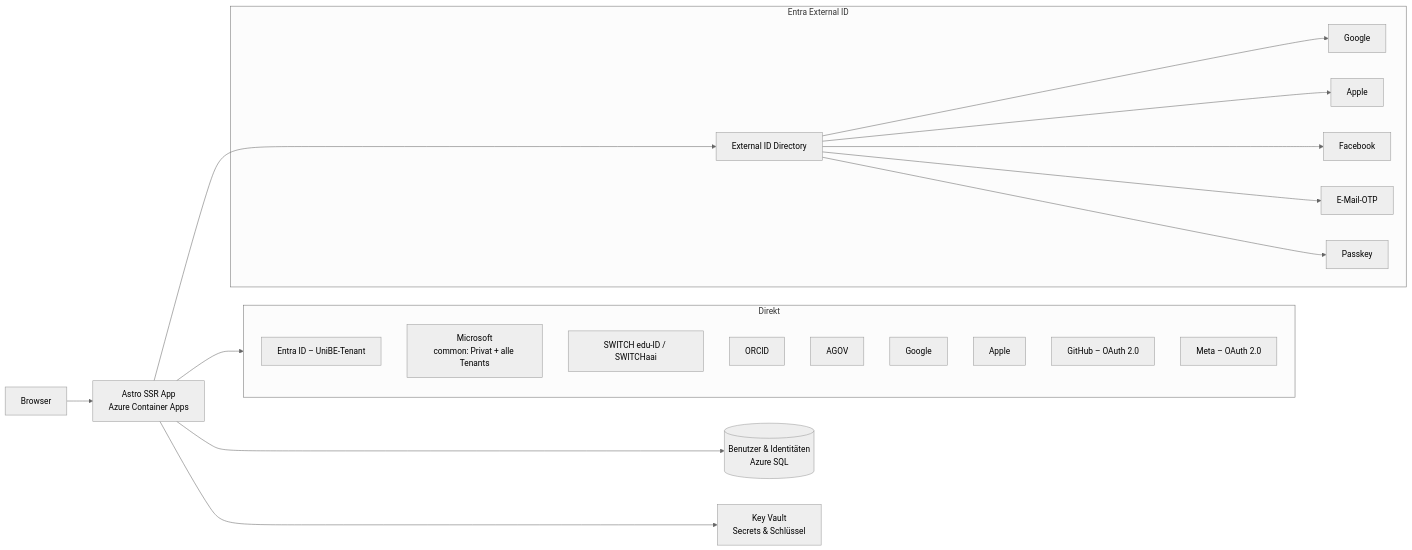
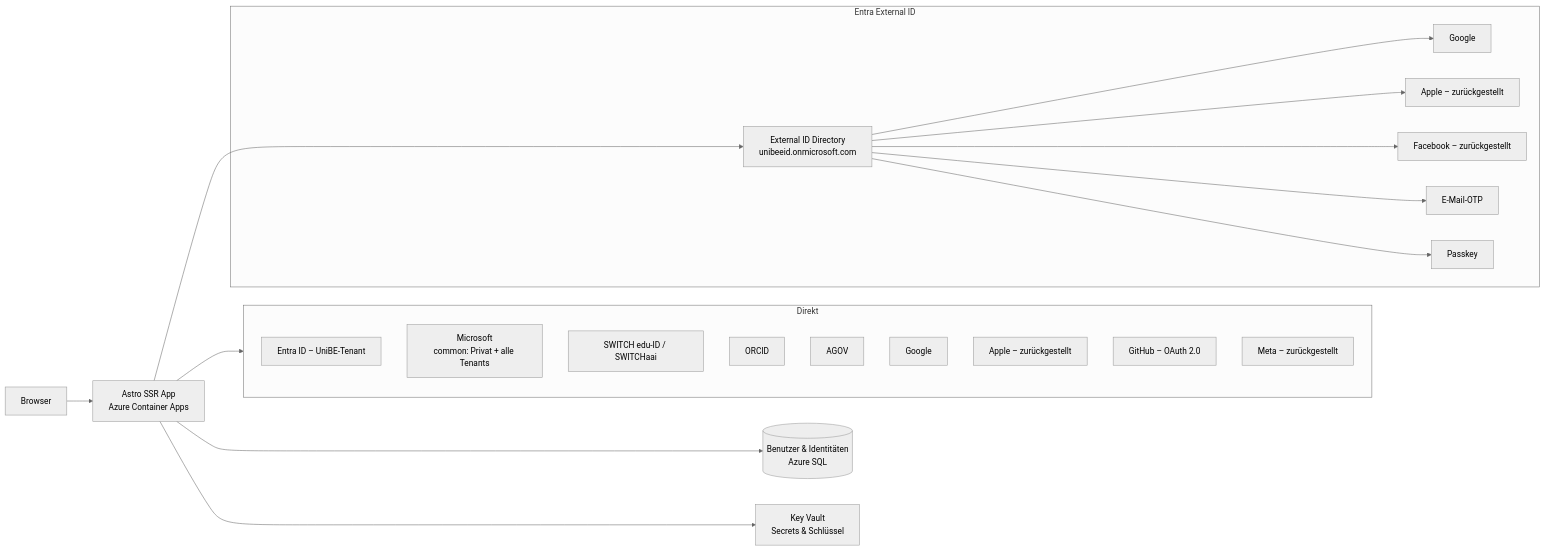
One commit to id-unibe-ch/ch-unibe-auth-example changed the first of 2 diagrams in docs/01-architecture.md. Above: the diagram before and after it, drawn with Mermaid (neutral theme). The commit also changed 33 other files, not shown here.

First line of the commit message:
Astro-Grundgerüst mit generischem OIDC/OAuth-2.0-Login und Account-Linking; Doku zu Hosting, External ID, Domain und zurückgestellten Providern

````diff
--- a/docs/01-architecture.md
+++ b/docs/01-architecture.md
@@ -10,30 +10,30 @@
 ```mermaid
 flowchart LR
     U[Browser] --> APP[Astro SSR App<br/>Azure Container Apps]
     APP --> DB[(Benutzer & Identitäten<br/>Azure SQL)]
     APP --> KV[Key Vault<br/>Secrets & Schlüssel]
 
     subgraph Direkt
         E1[Entra ID – UniBE-Tenant]
         E2[Microsoft<br/>common: Privat + alle Tenants]
         EDU[SWITCH edu-ID / SWITCHaai]
         ORC[ORCID]
         AGOV[AGOV]
         GOO[Google]
-        APL[Apple]
+        APL[Apple – zurückgestellt]
         GH[GitHub – OAuth 2.0]
-        META[Meta – OAuth 2.0]
+        META[Meta – zurückgestellt]
     end
 
     subgraph Broker[Entra External ID]
-        XID[External ID Directory]
+        XID[External ID Directory<br/>unibeeid.onmicrosoft.com]
         XID --> XG[Google]
-        XID --> XA[Apple]
-        XID --> XF[Facebook]
+        XID --> XA[Apple – zurückgestellt]
+        XID --> XF[Facebook – zurückgestellt]
         XID --> XO[E-Mail-OTP]
         XID --> XP[Passkey]
     end
 
     APP --> Direkt
     APP --> XID
 ```
````
